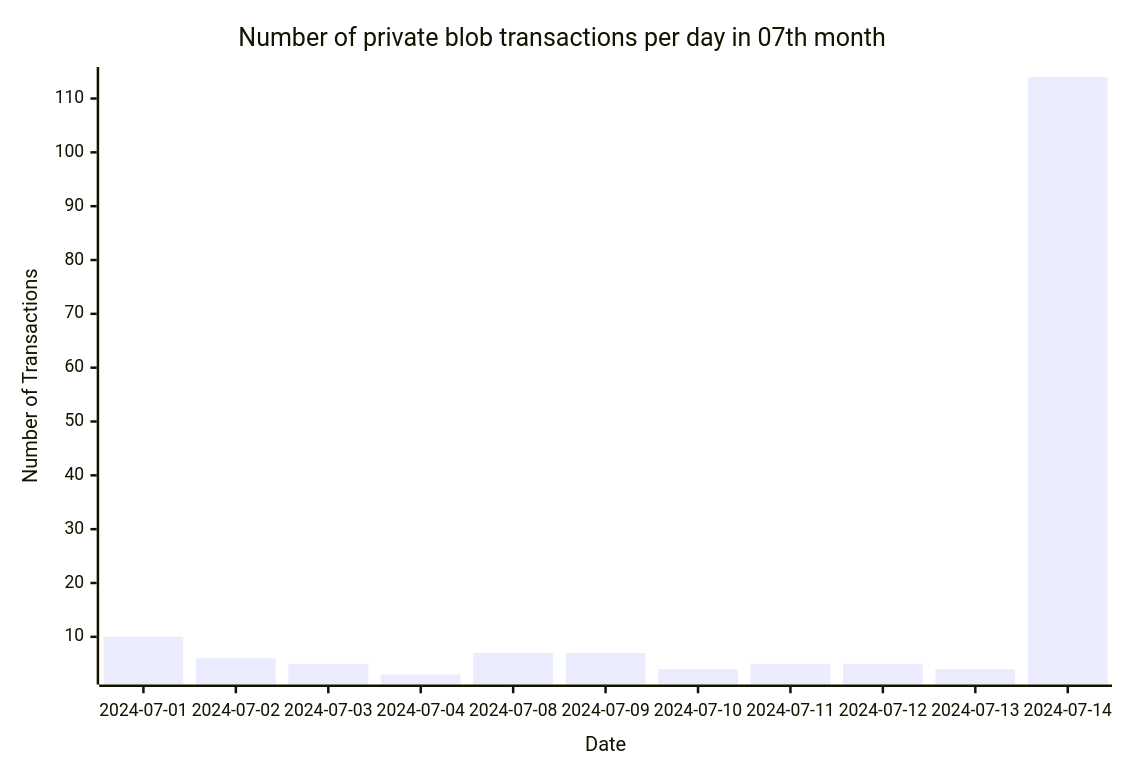
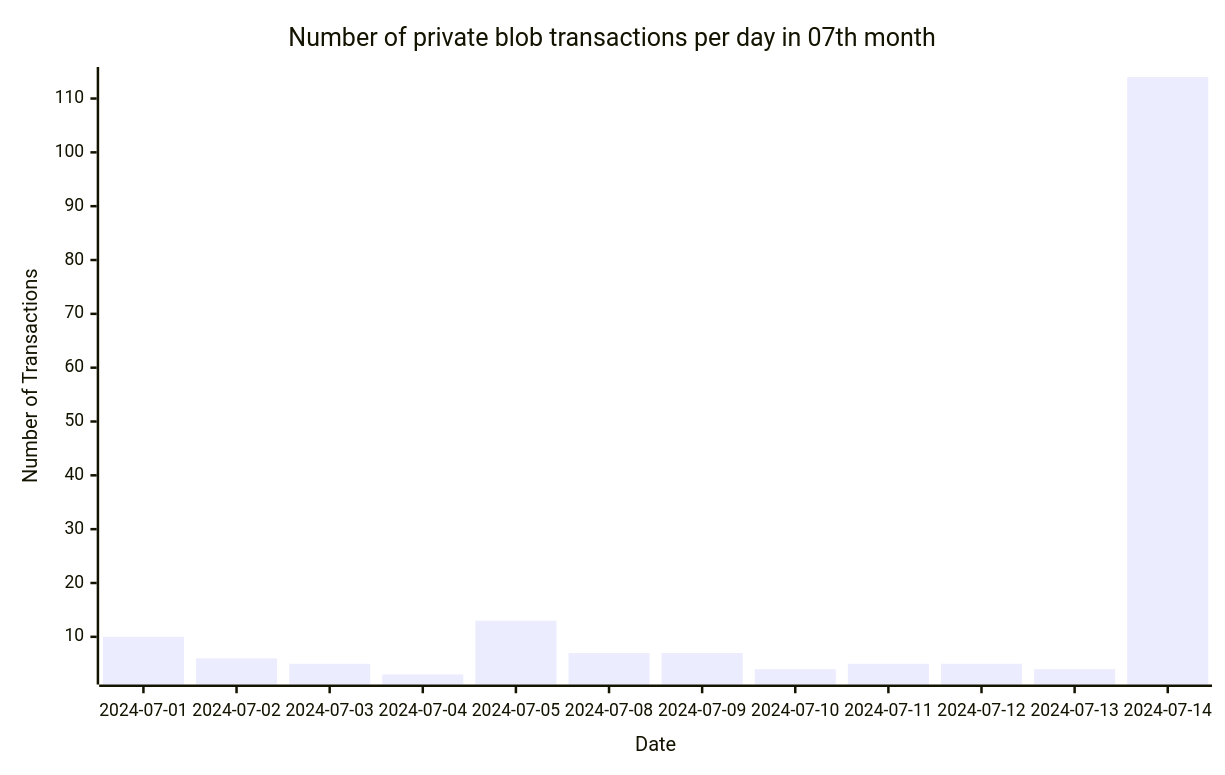
Before and after one commit to Amit0617/eip4844-data: the fifth of 5 diagrams in README.md, drawn with Mermaid. The commit also changed 1 other file, not shown here.

````diff
--- a/README.md
+++ b/README.md
@@ -53,12 +53,12 @@
 ```mermaid
 ---
 config:
     xyChart:
-        width: 880
+        width: 960
         height: 600
 ---
 xychart-beta title "Number of private blob transactions per day in 07th month"
-x-axis "Date" [2024-07-01,2024-07-02,2024-07-03,2024-07-04,2024-07-08,2024-07-09,2024-07-10,2024-07-11,2024-07-12,2024-07-13,2024-07-14]
+x-axis "Date" [2024-07-01,2024-07-02,2024-07-03,2024-07-04,2024-07-05,2024-07-08,2024-07-09,2024-07-10,2024-07-11,2024-07-12,2024-07-13,2024-07-14]
 y-axis "Number of Transactions"
-bar[10,6,5,3,7,7,4,5,5,4,114]
+bar[10,6,5,3,13,7,7,4,5,5,4,114]
 ```
````
